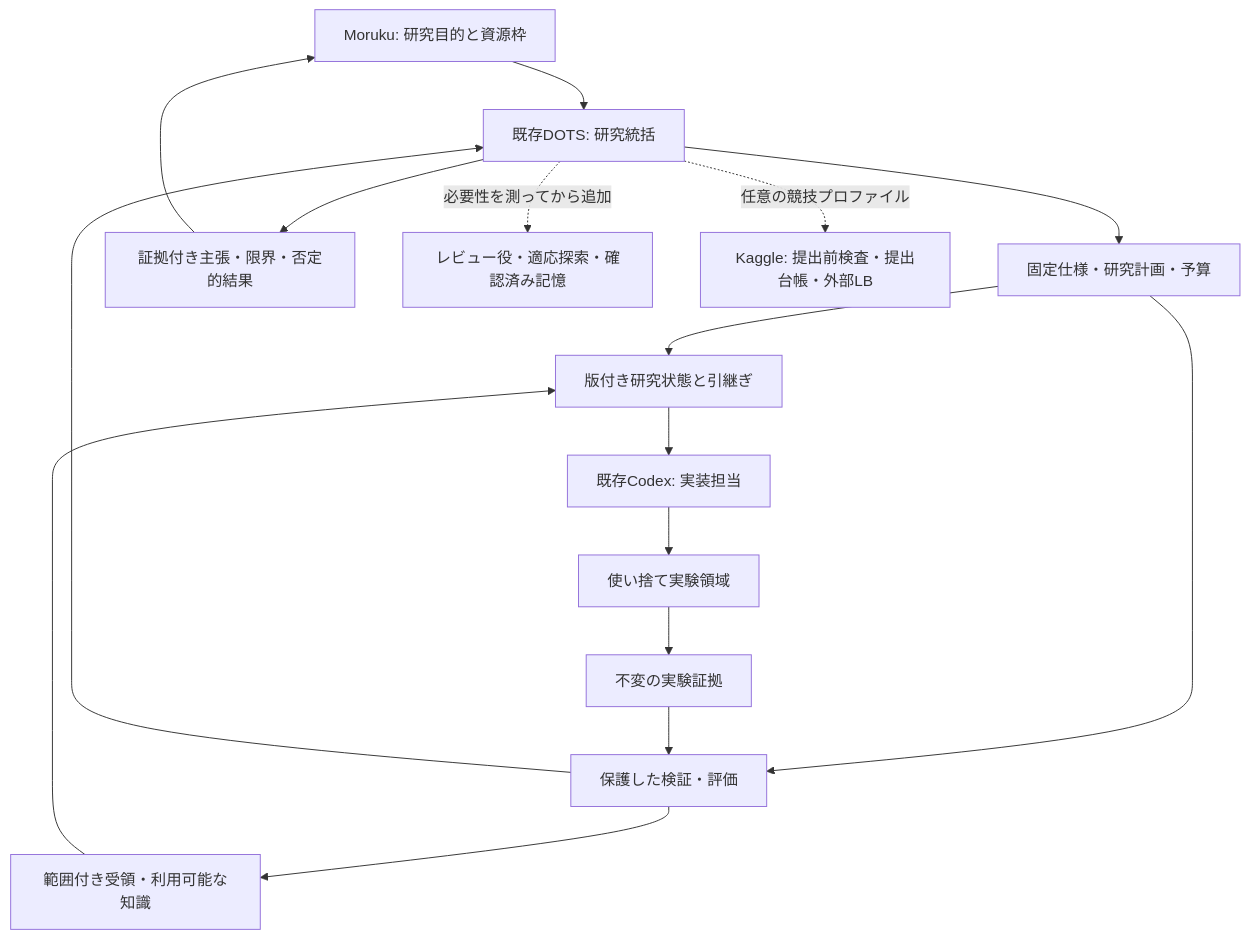
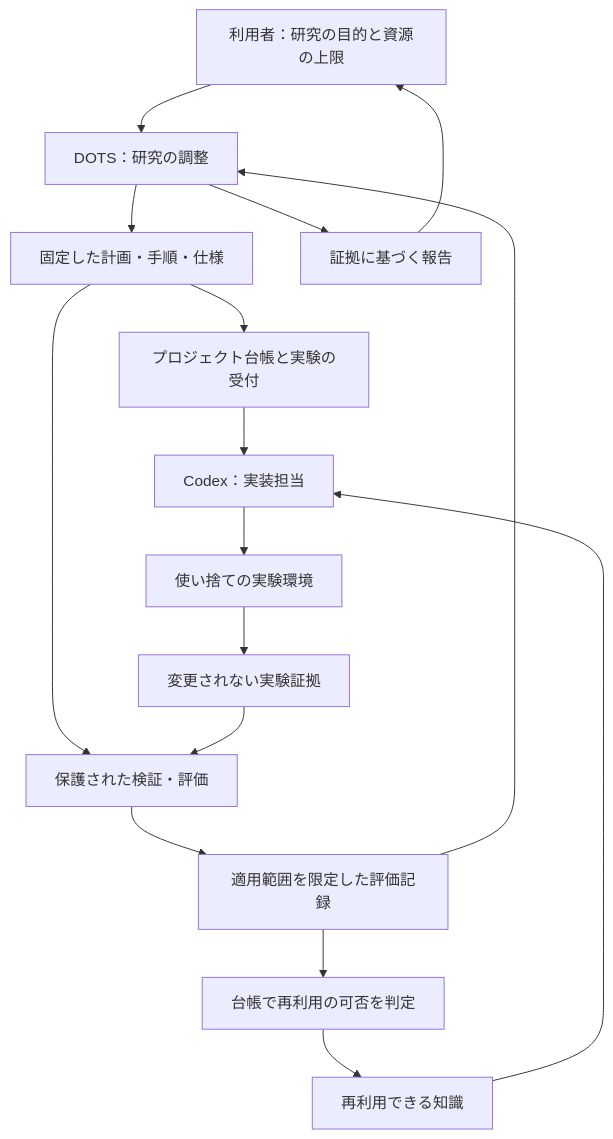
The diagram in README.ja.md (moruku36/ai-agent-scientist), drawn with Mermaid before and after one commit. The commit also changed other lines of this file and 1 other file, not shown here.

````diff
--- a/README.ja.md
+++ b/README.ja.md
@@ -80,18 +13,18 @@
 ```mermaid
 flowchart TB
-    H["Moruku: 研究目的と資源枠"] --> D["既存DOTS: 研究統括"]
-    D --> P["固定仕様・研究計画・予算"]
-    P --> K["版付き研究状態と引継ぎ"]
-    K --> C["既存Codex: 実装担当"]
-    C --> X["使い捨て実験領域"]
-    X --> E["不変の実験証拠"]
-    P --> V["保護した検証・評価"]
+    U["利用者：研究の目的と資源の上限"] --> D["DOTS：研究の調整"]
+    D --> P["固定した計画・手順・仕様"]
+    P --> R["プロジェクト台帳と実験の受付"]
+    R --> W["Codex：実装担当"]
+    W --> X["使い捨ての実験環境"]
+    X --> E["変更されない実験証拠"]
+    P --> V["保護された検証・評価"]
     E --> V
-    V --> Q["範囲付き受領・利用可能な知識"]
-    Q --> K
-    V --> D
-    D --> R["証拠付き主張・限界・否定的結果"]
-    R --> H
-    D -. "必要性を測ってから追加" .-> S["レビュー役・適応探索・確認済み記憶"]
-    D -. "任意の競技プロファイル" .-> G["Kaggle: 提出前検査・提出台帳・外部LB"]
+    V --> C["適用範囲を限定した評価記録"]
+    C --> D
+    C --> G["台帳で再利用の可否を判定"]
+    G --> K["再利用できる知識"]
+    K --> W
+    D --> L["証拠に基づく報告"]
+    L --> U
 ```
````
